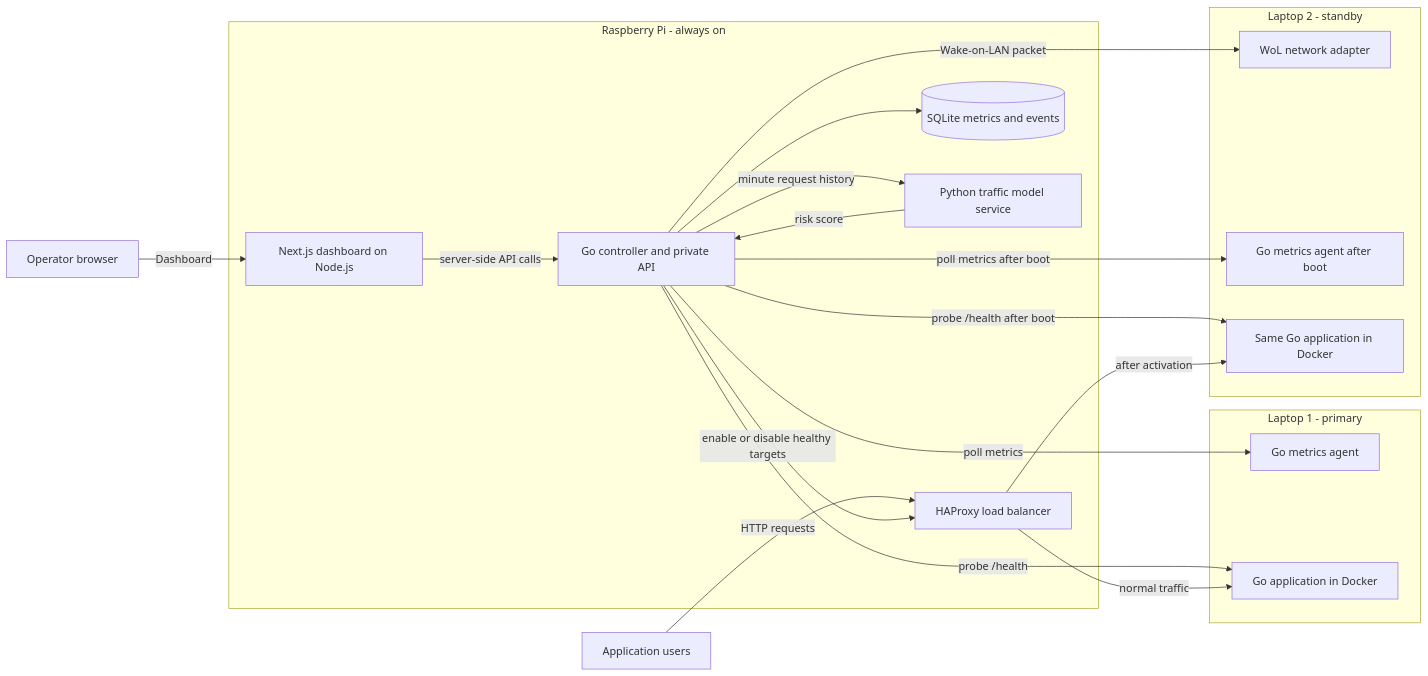
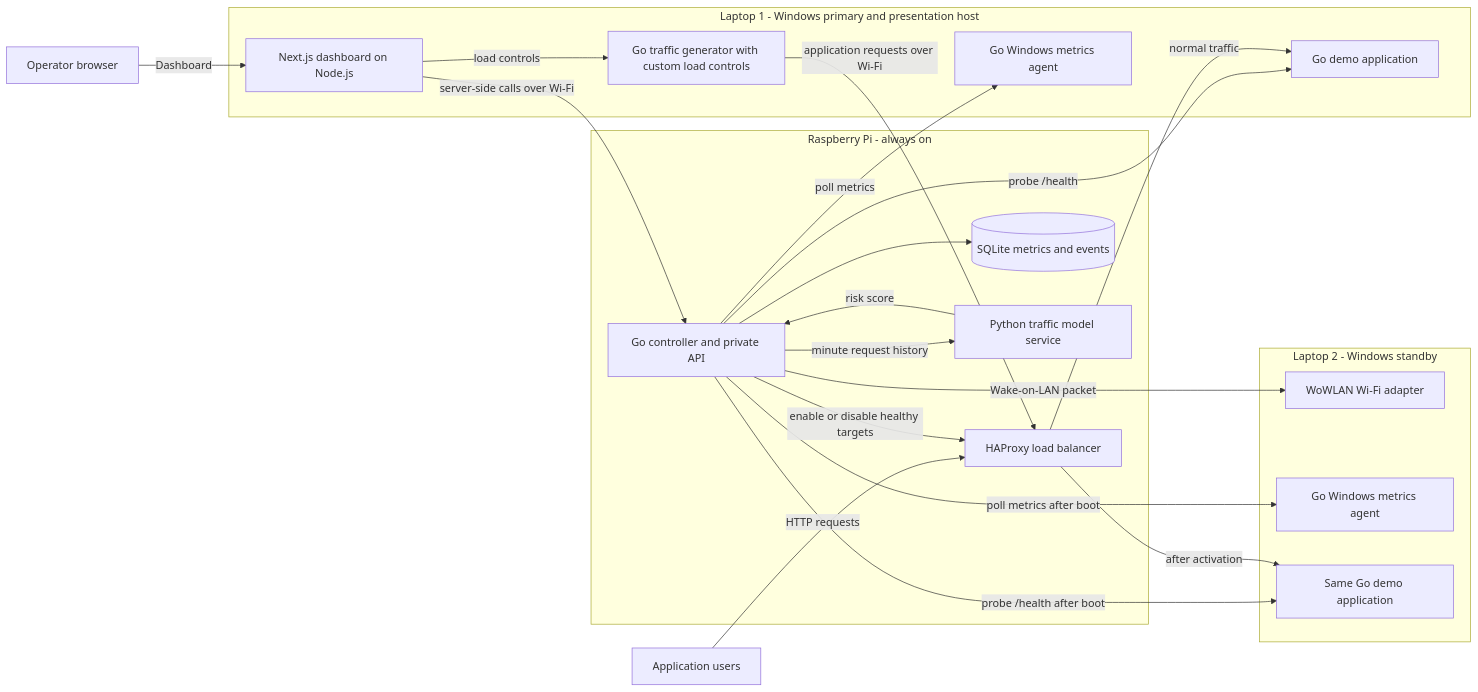
One commit to samarthsinh2660/Smart-Server-Monitoring changed the first of 5 diagrams in docs/idea.md. Above: the diagram before and after it, drawn with Mermaid. The commit also changed other lines of this file and 64 other files, not shown here.

Commit message:
Add Windows Pi scaling demo

````diff
--- a/docs/idea.md
+++ b/docs/idea.md
@@ -15,37 +15,40 @@
 ```mermaid
 flowchart LR
     Users[Application users] -->|HTTP requests| Proxy
     Operator[Operator browser] -->|Dashboard| Next
 
     subgraph Pi[Raspberry Pi - always on]
         Proxy[HAProxy load balancer]
-        Next[Next.js dashboard on Node.js]
         Controller[Go controller and private API]
         Store[(SQLite metrics and events)]
-        Next -->|server-side API calls| Controller
         Model[Python traffic model service]
         Controller --> Store
         Controller -->|minute request history| Model
         Model -->|risk score| Controller
         Controller -->|enable or disable healthy targets| Proxy
     end
 
-    subgraph Primary[Laptop 1 - primary]
-        Agent1[Go metrics agent]
-        App1[Go application in Docker]
+    subgraph Primary[Laptop 1 - Windows primary and presentation host]
+        Next[Next.js dashboard on Node.js]
+        Load[Go traffic generator with custom load controls]
+        Agent1[Go Windows metrics agent]
+        App1[Go demo application]
     end
 
-    subgraph Standby[Laptop 2 - standby]
-        NIC2[WoL network adapter]
-        Agent2[Go metrics agent after boot]
-        App2[Same Go application in Docker]
+    subgraph Standby[Laptop 2 - Windows standby]
+        NIC2[WoWLAN Wi-Fi adapter]
+        Agent2[Go Windows metrics agent]
+        App2[Same Go demo application]
     end
 
     Controller -->|poll metrics| Agent1
+    Next -->|server-side calls over Wi-Fi| Controller
+    Next -->|load controls| Load
+    Load -->|application requests over Wi-Fi| Proxy
     Controller -->|probe /health| App1
     Controller -->|Wake-on-LAN packet| NIC2
     Controller -->|poll metrics after boot| Agent2
     Controller -->|probe /health after boot| App2
     Proxy -->|normal traffic| App1
     Proxy -->|after activation| App2
 ```
````
